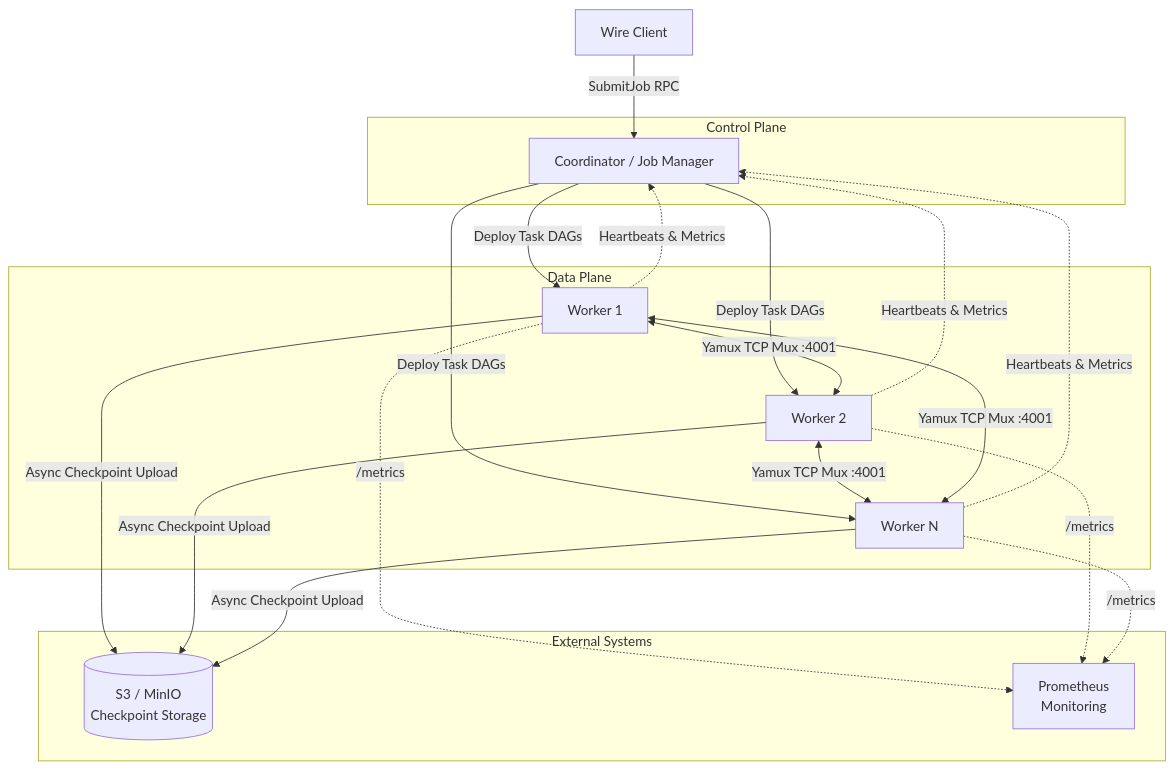
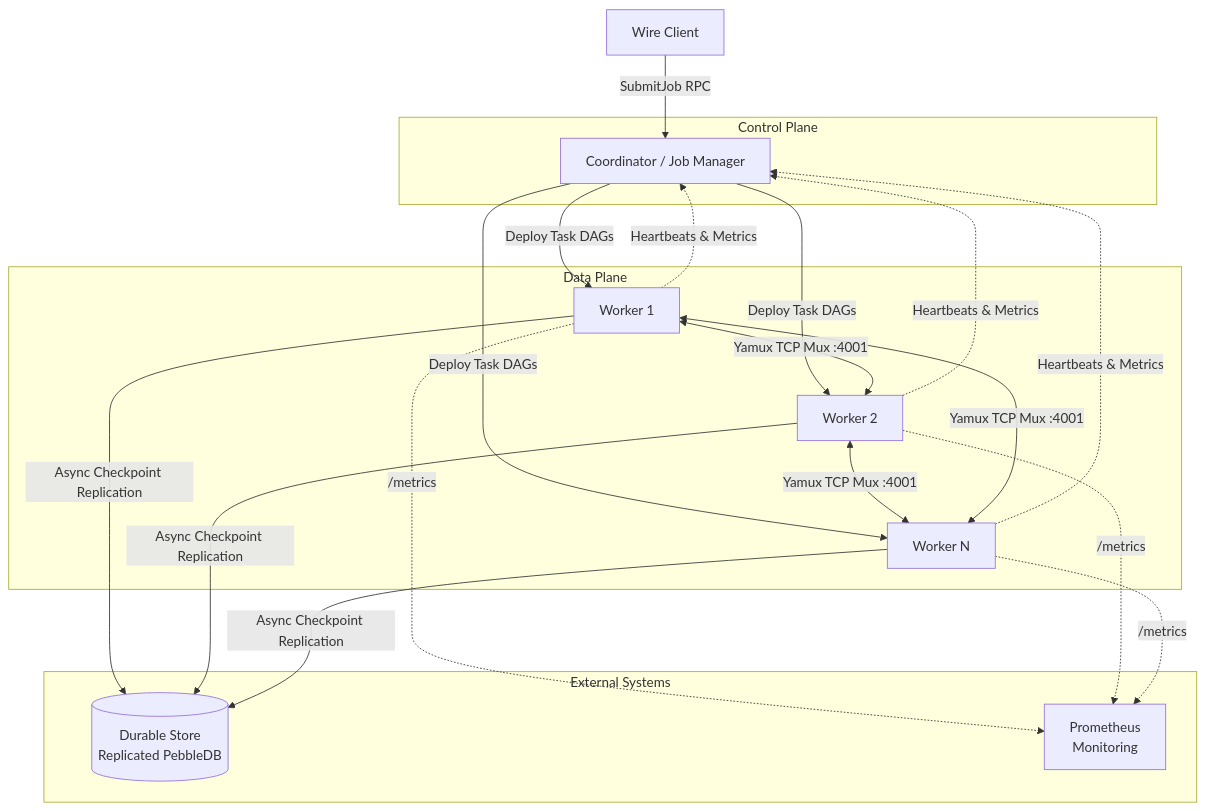
One commit to tarungka/wire changed the first of 12 diagrams in docs/diagrams.md. Above: the diagram before and after it, drawn with Mermaid. The commit also changed other lines of this file and 18 other files, not shown here.

````diff
--- a/docs/diagrams.md
+++ b/docs/diagrams.md
@@ -13,38 +13,38 @@
 ```mermaid
 graph TD
     subgraph Control Plane
         JM[Coordinator / Job Manager]
     end
 
     subgraph Data Plane
         TM1[Worker 1]
         TM2[Worker 2]
         TM3[Worker N]
     end
 
     subgraph External Systems
-        S3[(S3 / MinIO<br/>Checkpoint Storage)]
+        DS[(Durable Store<br/>Replicated PebbleDB)]
         PROM[Prometheus<br/>Monitoring]
     end
 
     Client[Wire Client] -->|SubmitJob RPC| JM
     JM -->|Deploy Task DAGs| TM1
     JM -->|Deploy Task DAGs| TM2
     JM -->|Deploy Task DAGs| TM3
 
     TM1 -.->|Heartbeats & Metrics| JM
     TM2 -.->|Heartbeats & Metrics| JM
     TM3 -.->|Heartbeats & Metrics| JM
 
     TM1 <-->|Yamux TCP Mux :4001| TM2
     TM2 <-->|Yamux TCP Mux :4001| TM3
     TM1 <-->|Yamux TCP Mux :4001| TM3
 
-    TM1 -->|Async Checkpoint Upload| S3
-    TM2 -->|Async Checkpoint Upload| S3
-    TM3 -->|Async Checkpoint Upload| S3
+    TM1 -->|Async Checkpoint Replication| DS
+    TM2 -->|Async Checkpoint Replication| DS
+    TM3 -->|Async Checkpoint Replication| DS
 
     TM1 -.->|/metrics| PROM
     TM2 -.->|/metrics| PROM
     TM3 -.->|/metrics| PROM
 ```
````
